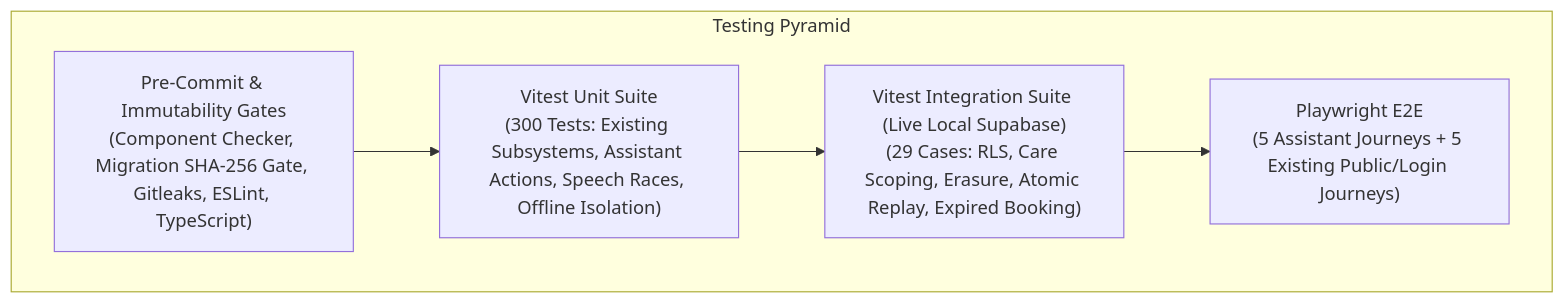
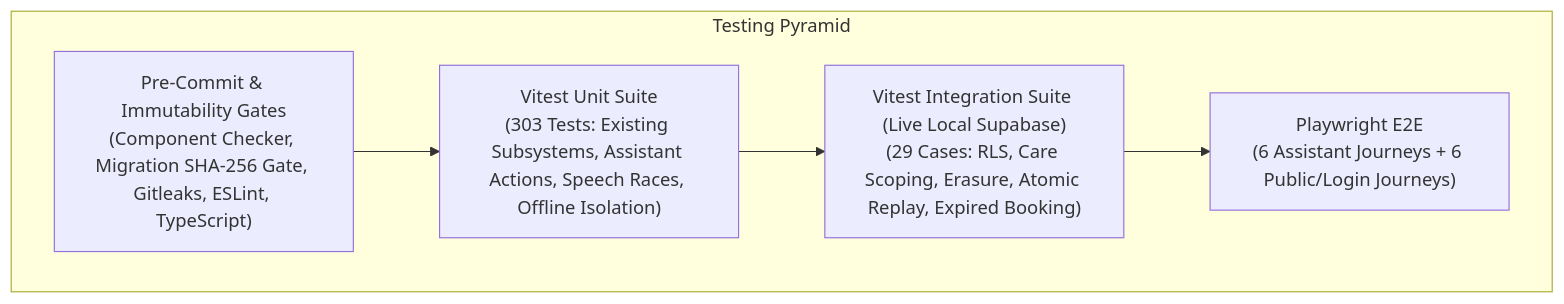
The diagram in docs/TESTING.md (Arnavshukla09/RURAL-HEALTHCARE-PLATFORM), drawn with Mermaid before and after one commit. The commit also changed other lines of this file and 27 other files, not shown here.

````diff
--- a/docs/TESTING.md
+++ b/docs/TESTING.md
@@ -11,13 +11,13 @@
 ```mermaid
 flowchart TD
     subgraph TestingPyramid["Testing Pyramid"]
-        E2E["Playwright E2E\n(5 Assistant Journeys + 5 Existing Public/Login Journeys)"]
+        E2E["Playwright E2E\n(6 Assistant Journeys + 6 Public/Login Journeys)"]
         Integration["Vitest Integration Suite (Live Local Supabase)\n(29 Cases: RLS, Care Scoping, Erasure, Atomic Replay, Expired Booking)"]
-        Unit["Vitest Unit Suite\n(300 Tests: Existing Subsystems, Assistant Actions, Speech Races, Offline Isolation)"]
+        Unit["Vitest Unit Suite\n(303 Tests: Existing Subsystems, Assistant Actions, Speech Races, Offline Isolation)"]
         Static["Pre-Commit & Immutability Gates\n(Component Checker, Migration SHA-256 Gate, Gitleaks, ESLint, TypeScript)"]
     end
 
     Static --> Unit
     Unit --> Integration
     Integration --> E2E
 ```
````
